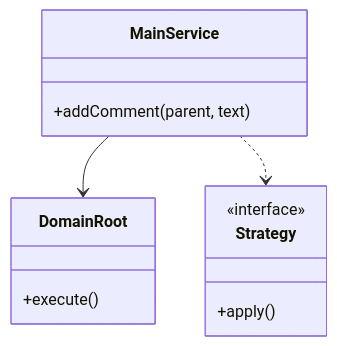
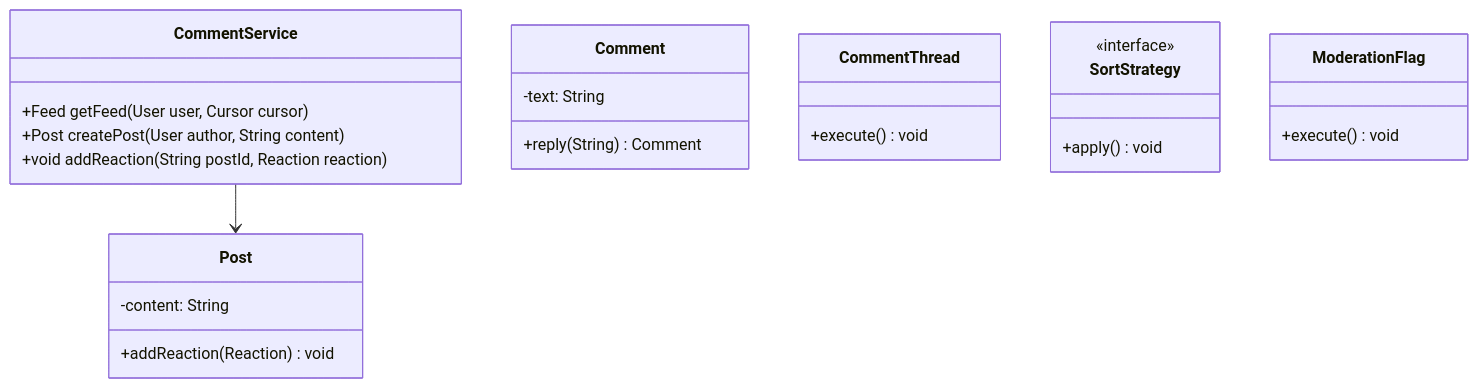
The first of 3 diagrams in Learn/System Design - Low Level Design/02-classic-ood/questions/Q46-comment-thread.md (madhupaila/Interview-Prep-SSE), drawn with Mermaid before and after one commit. The commit also changed other lines of this file and 491 other files, not shown here.

````diff
--- a/Learn/System Design - Low Level Design/02-classic-ood/questions/Q46-comment-thread.md
+++ b/Learn/System Design - Low Level Design/02-classic-ood/questions/Q46-comment-thread.md
@@ -74,15 +92,27 @@
 ```mermaid
 classDiagram
-    class MainService {
-        +addComment(parent, text)
+    class CommentService {
+        +Feed getFeed(User user, Cursor cursor)
+        +Post createPost(User author, String content)
+        +void addReaction(String postId, Reaction reaction)
     }
-    class DomainRoot {
-        +execute()
+    class Post {
+        -content: String
+        +addReaction(Reaction) void
     }
-    class Strategy {
+    class Comment {
+        -text: String
+        +reply(String) Comment
+    }
+    class CommentThread {
+        +execute() void
+    }
+    class SortStrategy {
         <<interface>>
-        +apply()
+        +apply() void
     }
-    MainService --> DomainRoot
-    MainService ..> Strategy
+    class ModerationFlag {
+        +execute() void
+    }
+    CommentService --> Post
 ```
````
